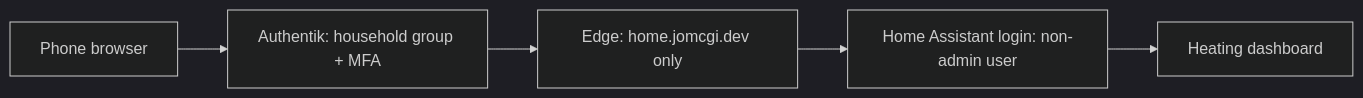
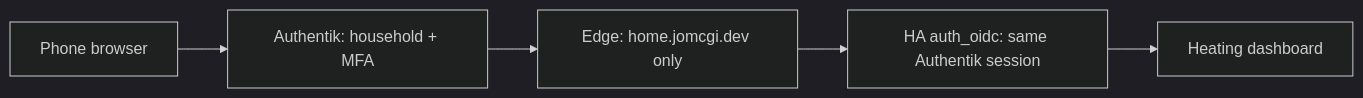
The second of 2 diagrams in projects/platform-factory/home-assistant/README.md (jomcgi-org/homelab), drawn with Mermaid (dark theme) before and after one commit. The commit also changed other lines of this file and 5 other files, not shown here.

First line of the commit message:
feat(home-assistant): sign in through Authentik with hass-oidc-auth

````diff
--- a/projects/platform-factory/home-assistant/README.md
+++ b/projects/platform-factory/home-assistant/README.md
@@ -36,7 +36,7 @@
 ```mermaid
 flowchart LR
-  P[Phone browser] --> A[Authentik: household group + MFA]
+  P[Phone browser] --> A[Authentik: household + MFA]
   A --> E[Edge: home.jomcgi.dev only]
-  E --> H[Home Assistant login: non-admin user]
+  E --> H[HA auth_oidc: same Authentik session]
   H --> D[Heating dashboard]
 ```
````
